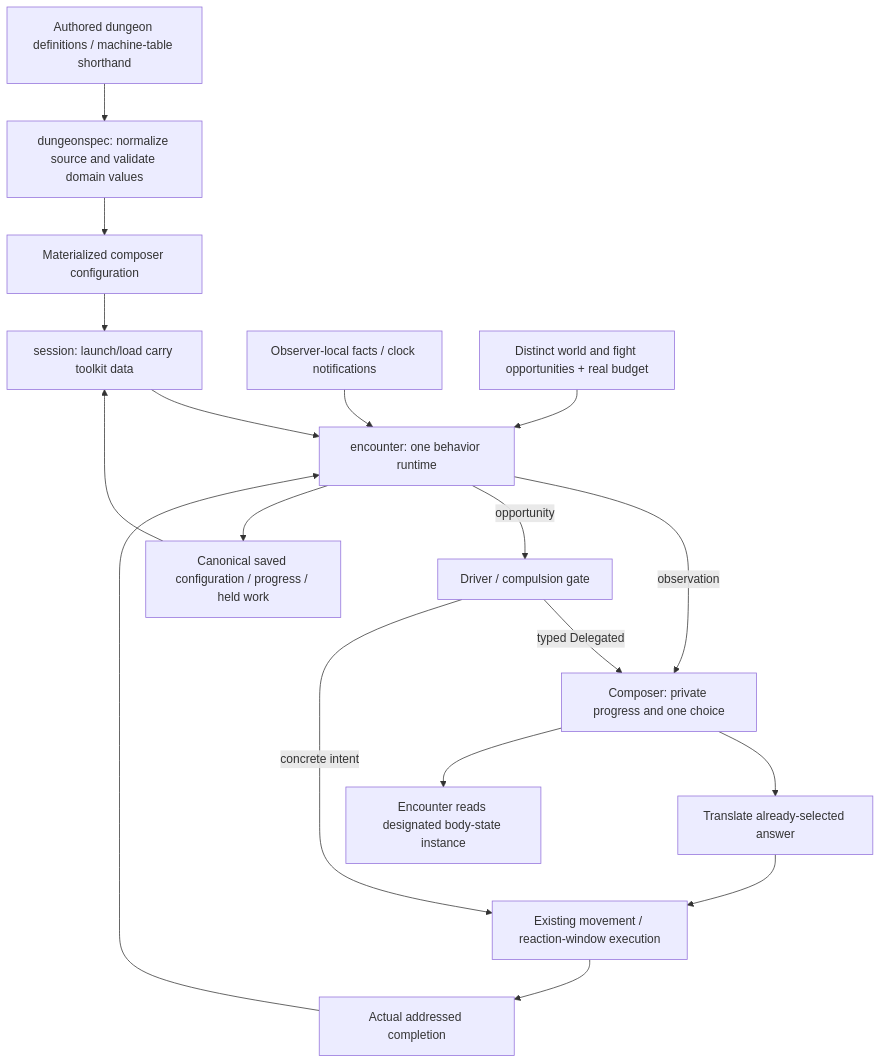
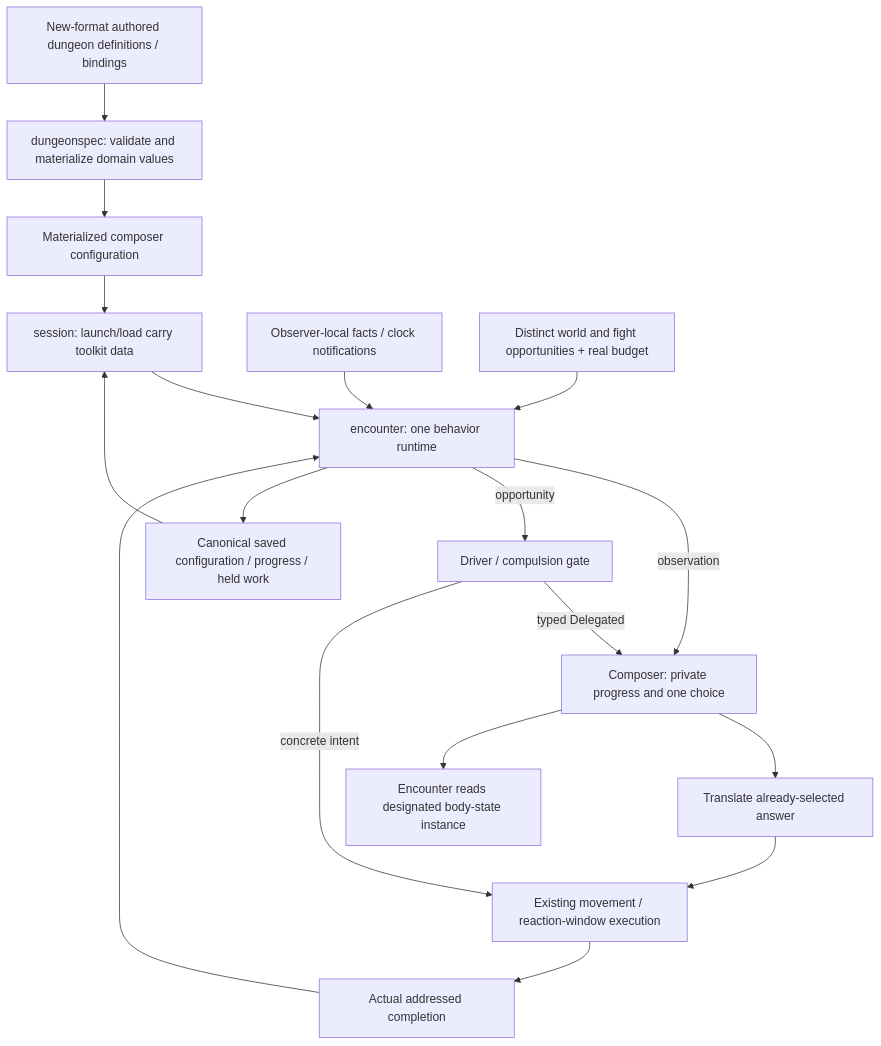
The diagram in ideas/behavior-bindings/consumer-design.md (KirkDiggler/rpg-project), drawn with Mermaid before and after one commit. The commit also changed other lines of this file and 5 other files, not shown here.

````diff
--- a/ideas/behavior-bindings/consumer-design.md
+++ b/ideas/behavior-bindings/consumer-design.md
@@ -5,20 +5,20 @@
 ```mermaid
 flowchart TD
-    A["Authored dungeon definitions / machine-table shorthand"] --> B["dungeonspec: normalize source and validate domain values"]
+    A["New-format authored dungeon definitions / bindings"] --> B["dungeonspec: validate and materialize domain values"]
     B --> X["Materialized composer configuration"]
     X --> L["session: launch/load carry toolkit data"]
     L --> E["encounter: one behavior runtime"]
     K["Observer-local facts / clock notifications"] --> E
     Q["Distinct world and fight opportunities + real budget"] --> E
     E -->|observation| C["Composer: private progress and one choice"]
     E -->|opportunity| G["Driver / compulsion gate"]
     G -->|typed Delegated| C
     G -->|concrete intent| W["Existing movement / reaction-window execution"]
     C --> I["Translate already-selected answer"]
     I --> W
     C --> P["Encounter reads designated body-state instance"]
     W --> F["Actual addressed completion"]
     F --> E
     E --> S["Canonical saved configuration / progress / held work"]
     S --> L
 ```
````
